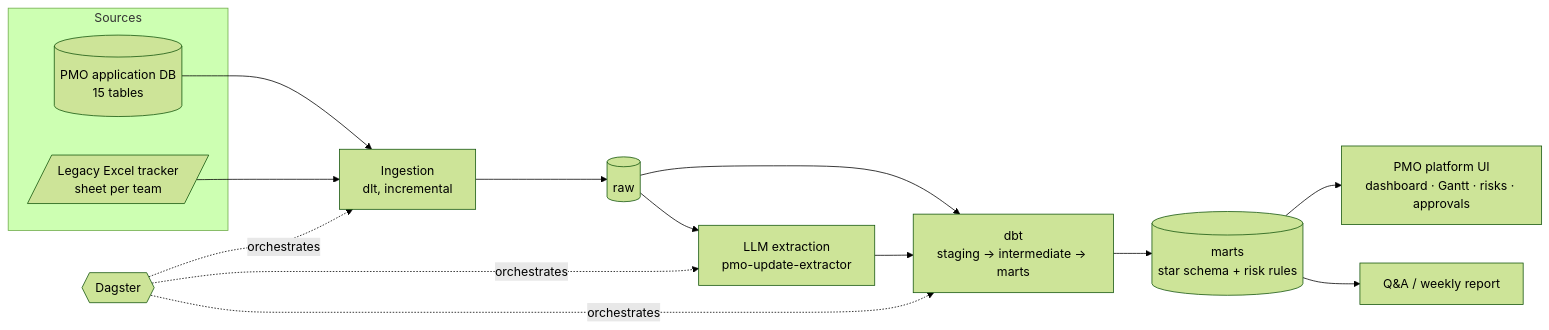
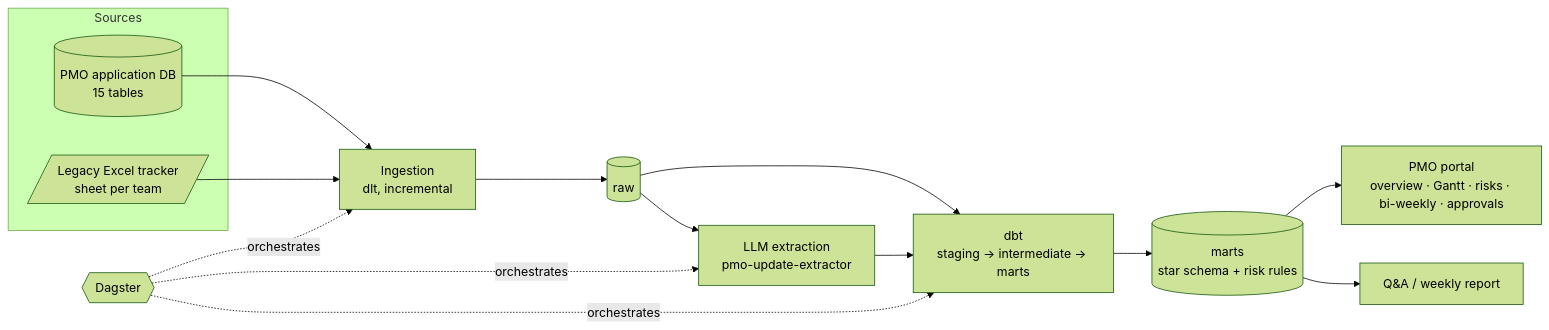
One commit to kkmonologue/pmo-portfolio-platform changed the diagram in README.md. Above: the diagram before and after it, drawn with Mermaid (forest theme). The commit also changed other lines of this file and 23 other files, not shown here.

First line of the commit message:
Stage 6: PMO portal over the marts

````diff
--- a/README.md
+++ b/README.md
@@ -32,17 +36,17 @@
 ```mermaid
 flowchart LR
   subgraph Sources
     A[(PMO application DB<br/>15 tables)]
     B[/Legacy Excel tracker<br/>sheet per team/]
   end
   A --> I[Ingestion<br/>dlt, incremental]
   B --> I
   I --> R[(raw)]
   R --> T[dbt<br/>staging → intermediate → marts]
   T --> M[(marts<br/>star schema + risk rules)]
   R --> X[LLM extraction<br/>pmo-update-extractor]
   X --> T
-  M --> D[PMO platform UI<br/>dashboard · Gantt · risks · approvals]
+  M --> D[PMO portal<br/>overview · Gantt · risks · bi-weekly · approvals]
   M --> Q[Q&A / weekly report]
   O{{Dagster}} -.orchestrates.-> I & T & X
 ```
````
